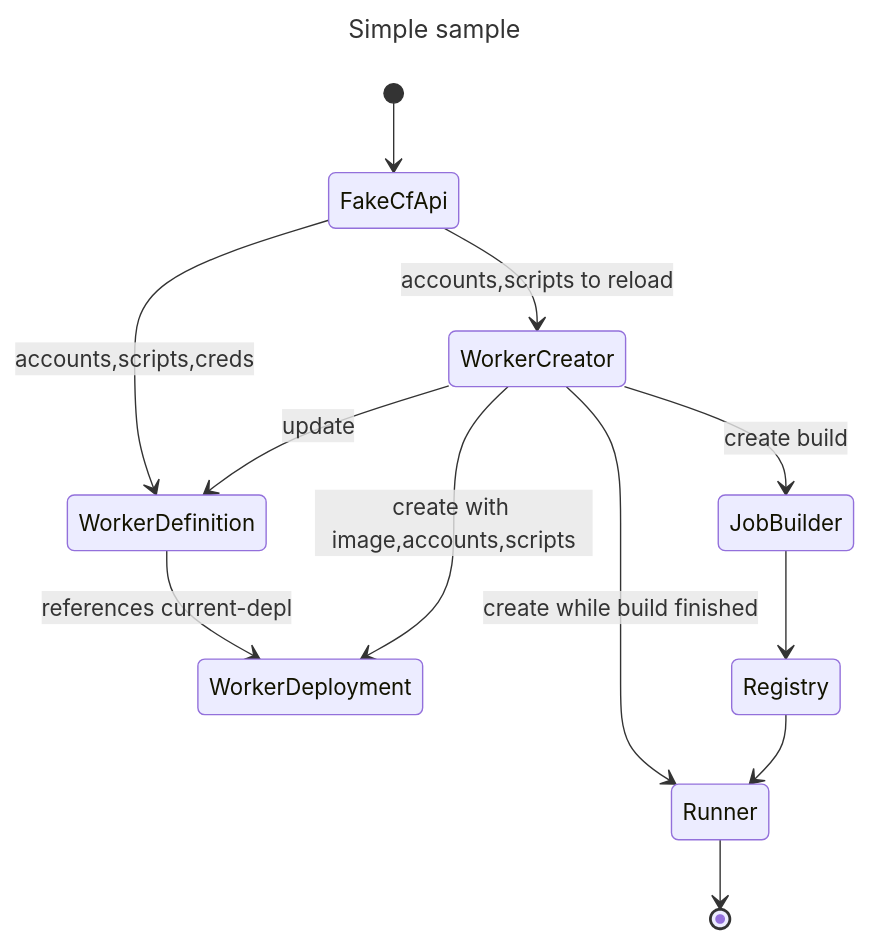
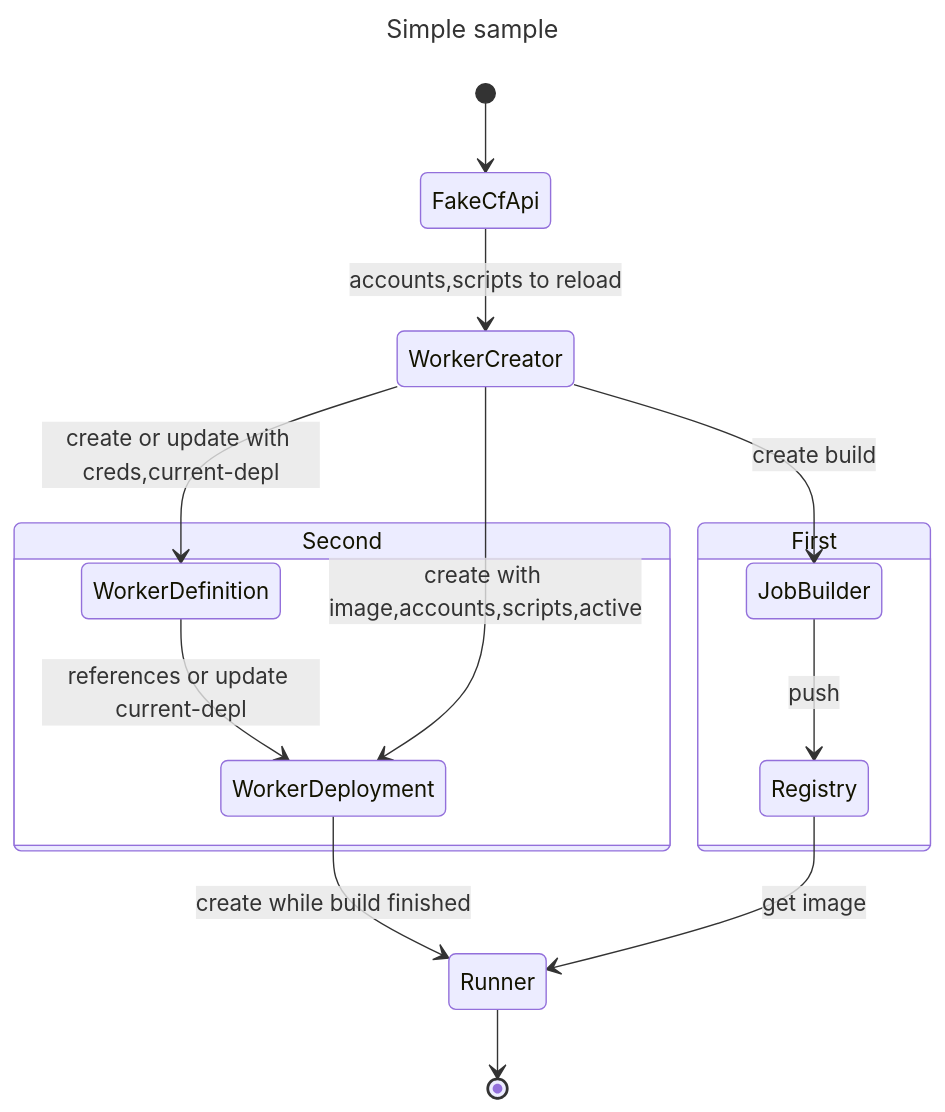
One commit to clementreiffers/worker-api changed the third of 3 diagrams in README.md. Above: the diagram before and after it, drawn with Mermaid. The commit also changed other lines of this file, not shown here.

Commit message:
update arch

````diff
--- a/README.md
+++ b/README.md
@@ -214,17 +197,24 @@
 ```mermaid
 ---
 title: Simple sample
 ---
 stateDiagram-v2
+    state First {
+        JobBuilder
+        Registry
+    }
+    state Second {
+        WorkerDefinition 
+        WorkerDeployment
+    }
     [*] --> FakeCfApi
     FakeCfApi -->  WorkerCreator : accounts,scripts to reload
-    FakeCfApi --> WorkerDefinition : accounts,scripts,creds
-    WorkerDefinition --> WorkerDeployment : references current-depl
-    WorkerCreator --> WorkerDefinition : update
-    WorkerCreator --> WorkerDeployment : create with image,accounts,scripts
+    WorkerDefinition --> WorkerDeployment : references or update current-depl
+    WorkerCreator --> WorkerDefinition : create or update with creds,current-depl
+    WorkerCreator --> WorkerDeployment : create with image,accounts,scripts,active
     WorkerCreator --> JobBuilder : create build
-    WorkerCreator --> Runner : create while build finished
-    Registry --> Runner
-    JobBuilder --> Registry
+    WorkerDeployment --> Runner : create while build finished
+    Registry --> Runner : get image
+    JobBuilder --> Registry : push
     Runner --> [*]
 ```
````
